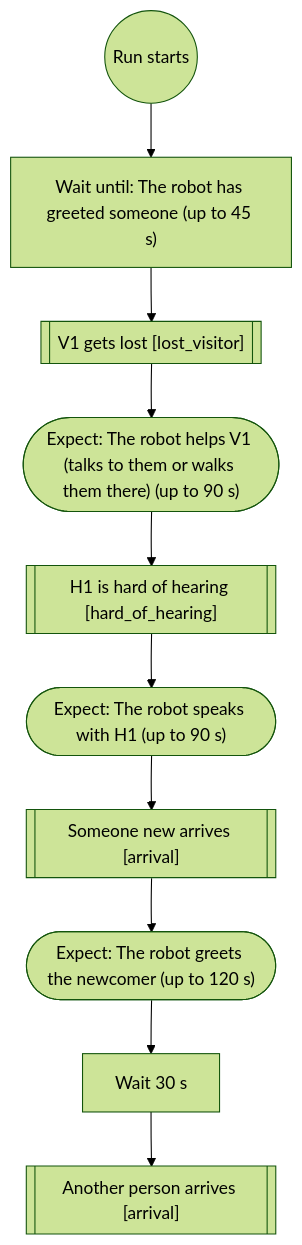
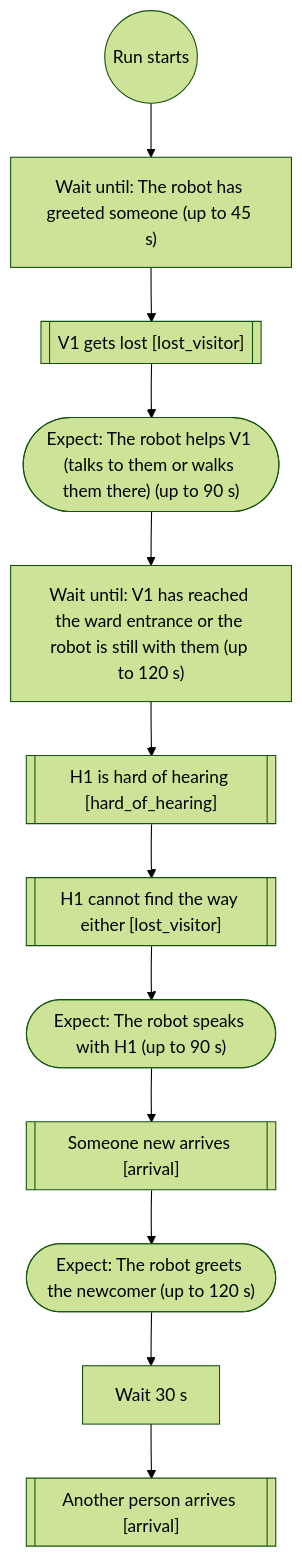
The fifth of 9 diagrams in docs/scenario-flows.md (Bkrakshith/hospital-sim-agents), drawn with Mermaid (forest theme) before and after one commit. The commit also changed other lines of this file and 4 other files, not shown here.

First line of the commit message:
Reception, A&E and evacuation flows credit only what the robot did after each event

````diff
--- a/docs/scenario-flows.md
+++ b/docs/scenario-flows.md
@@ -151,22 +159,26 @@
 ```mermaid
 flowchart TD
   n1(("Run starts"))
   n2["Wait until: The robot has greeted someone (up to 45 s)"]
   n1 --> n2
   n3[["V1 gets lost [lost_visitor]"]]
   n2 --> n3
   n4(["Expect: The robot helps V1 (talks to them or walks them there) (up to 90 s)"])
   n3 --> n4
-  n5[["H1 is hard of hearing [hard_of_hearing]"]]
+  n5["Wait until: V1 has reached the ward entrance or the robot is still with them (up to 120 s)"]
   n4 --> n5
-  n6(["Expect: The robot speaks with H1 (up to 90 s)"])
+  n6[["H1 is hard of hearing [hard_of_hearing]"]]
   n5 --> n6
-  n7[["Someone new arrives [arrival]"]]
+  n7[["H1 cannot find the way either [lost_visitor]"]]
   n6 --> n7
-  n8(["Expect: The robot greets the newcomer (up to 120 s)"])
+  n8(["Expect: The robot speaks with H1 (up to 90 s)"])
   n7 --> n8
-  n9["Wait 30 s"]
+  n9[["Someone new arrives [arrival]"]]
   n8 --> n9
-  n10[["Another person arrives [arrival]"]]
+  n10(["Expect: The robot greets the newcomer (up to 120 s)"])
   n9 --> n10
+  n11["Wait 30 s"]
+  n10 --> n11
+  n12[["Another person arrives [arrival]"]]
+  n11 --> n12
 ```
````
